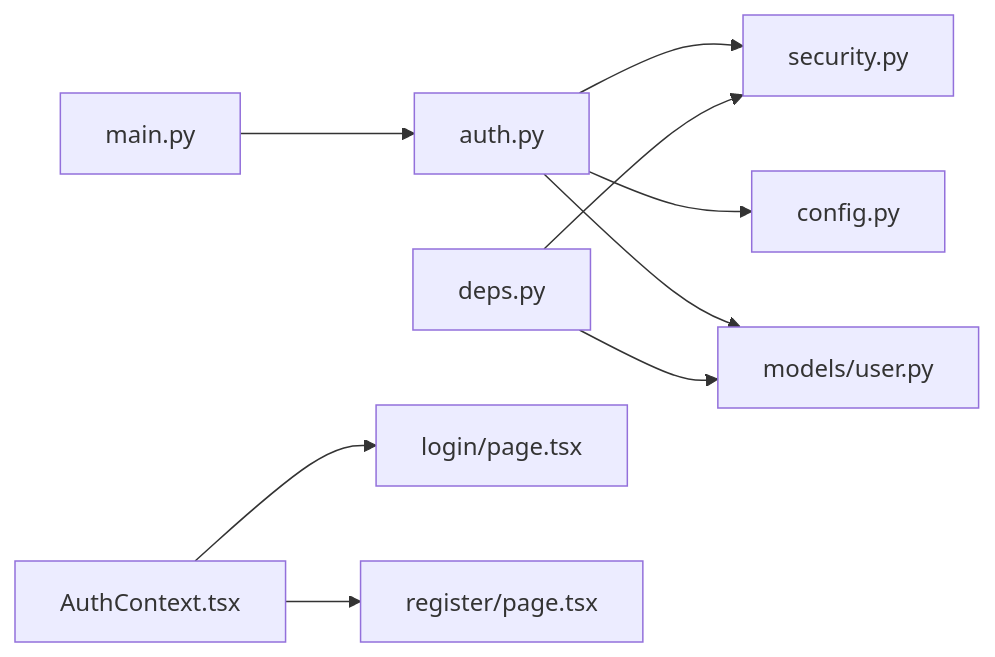
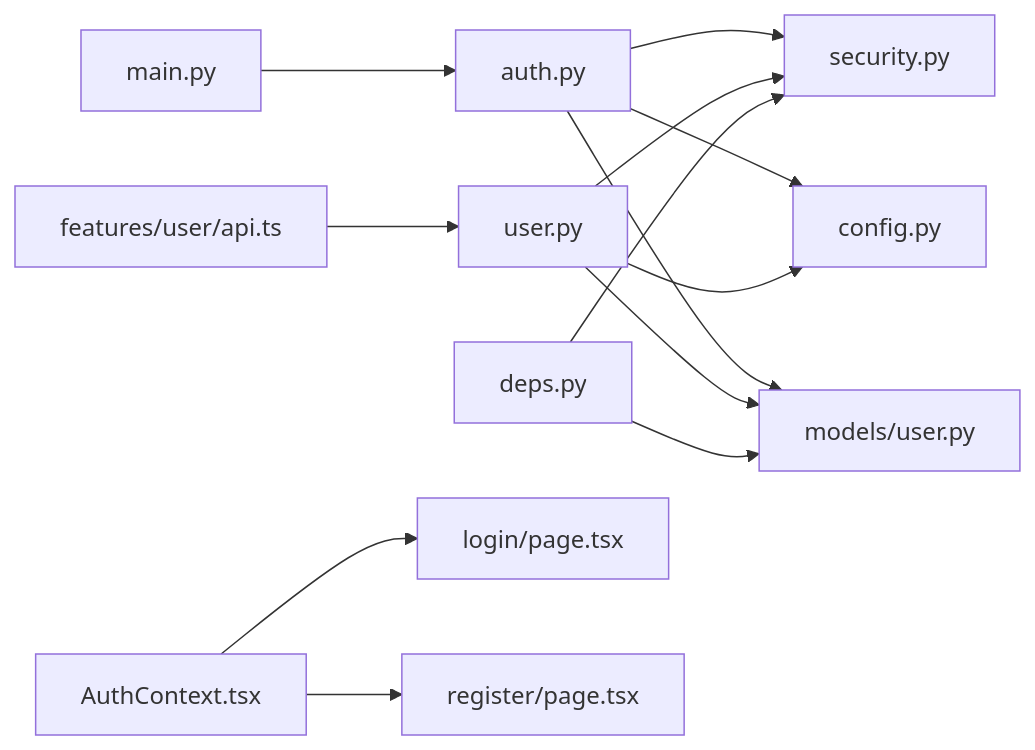
Before and after one commit to breeze-lyf/ai-stock-advisor: the seventh of 7 diagrams in .qoder/repowiki/zh/content/用户认证系统/用户认证系统.md, drawn with Mermaid. The commit also changed other lines of this file and 11 other files, not shown here.

````diff
--- a/.qoder/repowiki/zh/content/用户认证系统/用户认证系统.md
+++ b/.qoder/repowiki/zh/content/用户认证系统/用户认证系统.md
@@ -286,11 +328,15 @@
 ```mermaid
 graph LR
 AUTH["auth.py"] --> SEC["security.py"]
 AUTH --> CFG["config.py"]
 AUTH --> DBM["models/user.py"]
+USER["user.py"] --> SEC
+USER --> CFG
+USER --> DBM
 DEPS["deps.py"] --> SEC
 DEPS --> DBM
 MAIN["main.py"] --> AUTH
 FEAC["AuthContext.tsx"] --> FELOG["login/page.tsx"]
 FEAC --> FEREG["register/page.tsx"]
+FEUSER["features/user/api.ts"] --> USER
 ```
````
